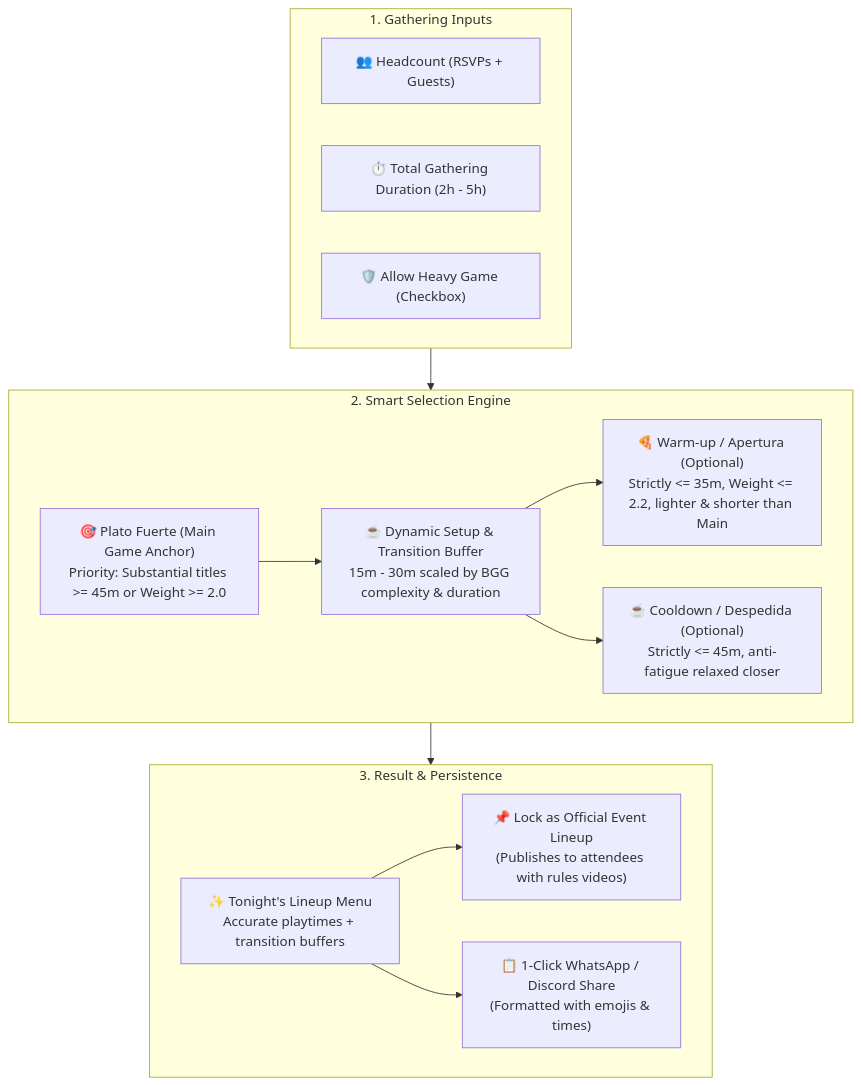
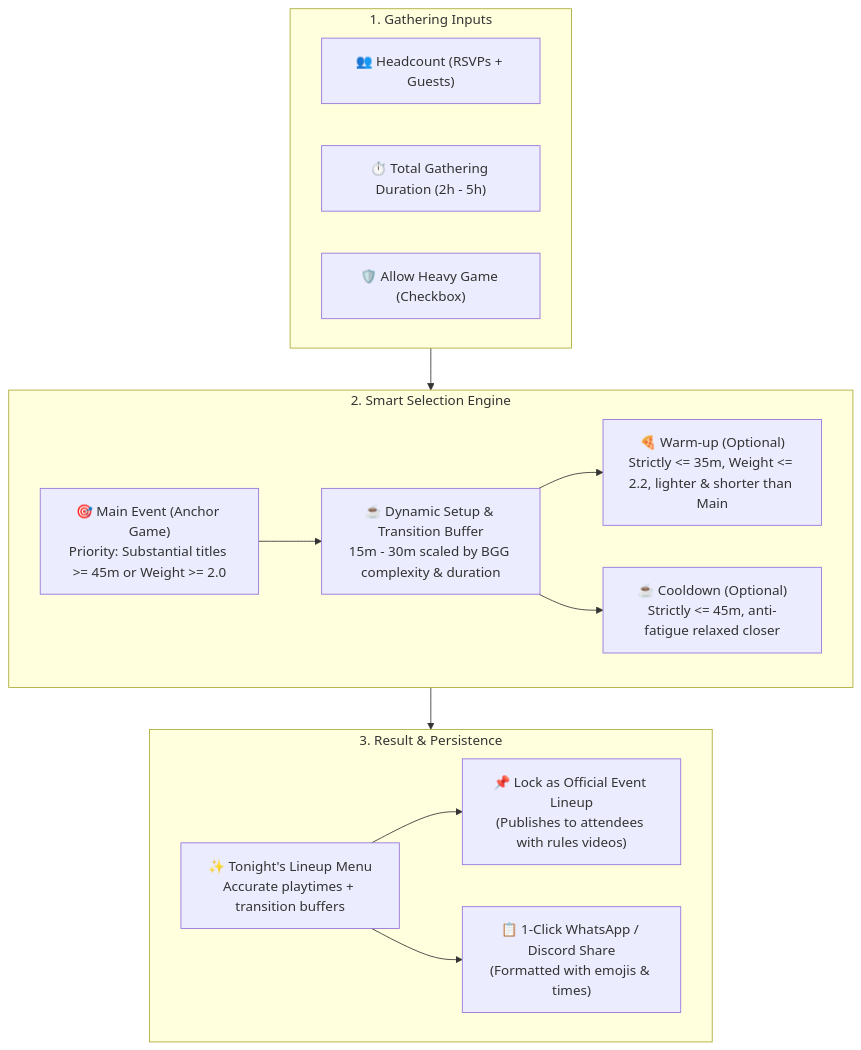
The first of 2 diagrams in README.md (gogodr/tablefolk), drawn with Mermaid before and after one commit. The commit also changed other lines of this file and 2 other files, not shown here.

Commit message:
refactor(i18n): unify lineup role labels and copy text in English

````diff
--- a/README.md
+++ b/README.md
@@ -39,29 +39,29 @@
 ```mermaid
 flowchart TD
     subgraph Inputs["1. Gathering Inputs"]
         A["👥 Headcount (RSVPs + Guests)"]
         B["⏱️ Total Gathering Duration (2h - 5h)"]
         C["🛡️ Allow Heavy Game (Checkbox)"]
     end
 
     subgraph PickerEngine["2. Smart Selection Engine"]
-        D["🎯 Plato Fuerte (Main Game Anchor)\nPriority: Substantial titles >= 45m or Weight >= 2.0"]
+        D["🎯 Main Event (Anchor Game)\nPriority: Substantial titles >= 45m or Weight >= 2.0"]
         E["☕ Dynamic Setup & Transition Buffer\n15m - 30m scaled by BGG complexity & duration"]
-        F["🍕 Warm-up / Apertura (Optional)\nStrictly <= 35m, Weight <= 2.2, lighter & shorter than Main"]
-        G["☕ Cooldown / Despedida (Optional)\nStrictly <= 45m, anti-fatigue relaxed closer"]
+        F["🍕 Warm-up (Optional)\nStrictly <= 35m, Weight <= 2.2, lighter & shorter than Main"]
+        G["☕ Cooldown (Optional)\nStrictly <= 45m, anti-fatigue relaxed closer"]
     end
 
     subgraph Outputs["3. Result & Persistence"]
         H["✨ Tonight's Lineup Menu\nAccurate playtimes + transition buffers"]
         I["📌 Lock as Official Event Lineup\n(Publishes to attendees with rules videos)"]
         J["📋 1-Click WhatsApp / Discord Share\n(Formatted with emojis & times)"]
     end
 
     Inputs --> PickerEngine
     D --> E
     E --> F
     E --> G
     PickerEngine --> Outputs
     H --> I
     H --> J
 ```
````
